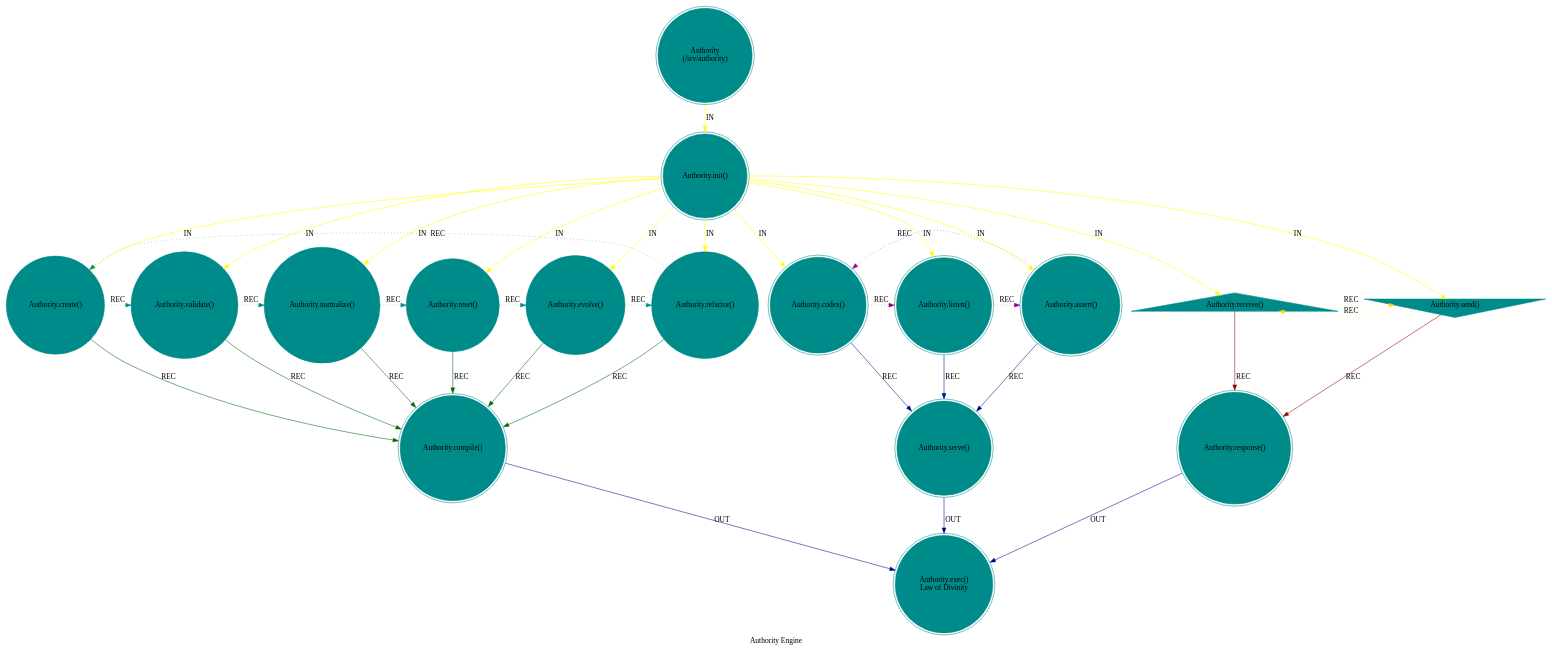
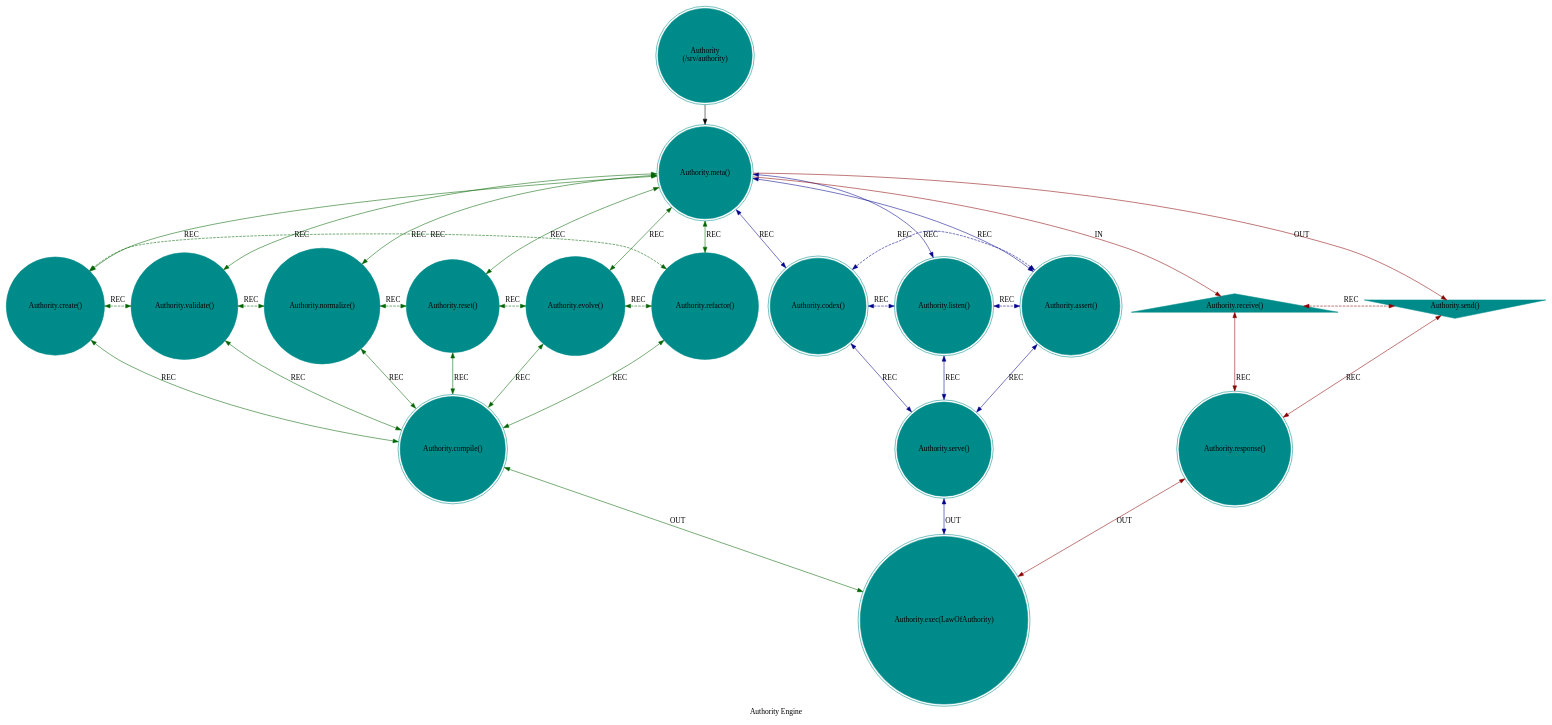
The diagram in src/core/mythos_srv_authority.dot (cilang/mythos), drawn with Graphviz before and after one commit. The commit also changed 20 other files, not shown here.

```diff
--- a/src/core/mythos_srv_authority.dot
+++ b/src/core/mythos_srv_authority.dot
@@ -1,42 +1,49 @@
 digraph AuthorityEngine {
     label = "Authority Engine";
     style = filled;
     color = red;
     comment = "";
     node [shape = circle; style = filled; color = darkcyan;];
     
     spark_e_mythos_t [label = "Authority\n(/srv/authority)";shape = doublecircle;];
     
     // r0::meta();r1,r2,r4,r8,r7,r5;r3,r6,r;ra::receive(),rb::send(),rc::dispatch(),rd::commit(),re::serve(),rf::exec()
-    spark_0_authority_t [label = "Authority.init()";shape = doublecircle;comment = "Engine Init";];
+    spark_0_authority_t [label = "Authority.meta()";shape = doublecircle;comment = "Engine Init";];
     spark_1_authority_t [label = "Authority.create()";shape = circle;comment = "";];
     spark_2_authority_t [label = "Authority.validate()";shape = circle;comment = "";];
     spark_4_authority_t [label = "Authority.normalize()";shape = circle;comment = "";];
     spark_8_authority_t [label = "Authority.reset()";shape = circle;comment = "";];
     spark_7_authority_t [label = "Authority.evolve()";shape = circle;comment = "";];
     spark_5_authority_t [label = "Authority.refactor()";shape = circle;comment = "";];
     spark_3_authority_t [label = "Authority.codex()";shape = doublecircle;comment = "";];
     spark_6_authority_t [label = "Authority.listen()";shape = doublecircle;comment = "";];
     spark_9_authority_t [label = "Authority.assert()";shape = doublecircle;comment = "";];
     spark_a_authority_t [label = "Authority.receive()";shape = triangle;comment = "";];
     spark_b_authority_t [label = "Authority.send()";shape = invtriangle;comment = "";];
     spark_c_authority_t [label = "Authority.response()";shape = doublecircle;comment = "";];
     spark_d_authority_t [label = "Authority.compile()";shape = doublecircle;comment = "";];
     spark_e_authority_t [label = "Authority.serve()";shape = doublecircle;comment = "`/srv/authority`";];
-    spark_f_authority_t [label = "Authority.exec()\nLaw of Divinity";shape = doublecircle;comment = "";];
+    spark_f_authority_t [label = "Authority.exec(LawOfAuthority)";shape = doublecircle;comment = "";];
     
     // IN = Input
     // OUT = Output
     // REC = Recursion
-    spark_e_mythos_t -> spark_0_authority_t -> {spark_a_authority_t spark_b_authority_t spark_1_authority_t spark_2_authority_t spark_3_authority_t spark_4_authority_t spark_5_authority_t spark_6_authority_t spark_7_authority_t spark_8_authority_t spark_9_authority_t} [label = "IN"; color = yellow; comment = "";];
+    spark_e_mythos_t -> spark_0_authority_t;
     
-    {spark_a_authority_t spark_b_authority_t} -> spark_c_authority_t [label = "REC"; color = darkred; comment = "";];
-    {spark_1_authority_t spark_2_authority_t spark_4_authority_t spark_8_authority_t spark_7_authority_t spark_5_authority_t} -> spark_d_authority_t [label = "REC"; color = darkgreen; comment = "";];
-    {spark_3_authority_t spark_6_authority_t spark_9_authority_t} -> spark_e_authority_t [label = "REC"; color = darkblue; comment = "";];
+    spark_0_authority_t -> spark_a_authority_t [label = "IN"; color = darkred; comment = "";];
+    spark_0_authority_t -> spark_b_authority_t [label = "OUT"; color = darkred; comment = "";];
+    spark_0_authority_t -> {spark_3_authority_t spark_6_authority_t spark_9_authority_t} [label = "REC"; color = darkblue; comment = ""; dir = both;];
+    spark_0_authority_t -> {spark_1_authority_t spark_2_authority_t spark_4_authority_t spark_8_authority_t spark_7_authority_t spark_5_authority_t} [label = "REC"; color = darkgreen; comment = ""; dir = both;];
     
-    spark_1_authority_t -> spark_2_authority_t -> spark_4_authority_t -> spark_8_authority_t -> spark_7_authority_t -> spark_5_authority_t -> spark_1_authority_t [label = "REC"; color = darkcyan; comment = ""; style = dotted; constraint = false;];
-    spark_3_authority_t -> spark_6_authority_t -> spark_9_authority_t -> spark_3_authority_t [label = "REC"; color = darkmagenta; comment = ""; style = dotted; constraint = false;];
-    spark_a_authority_t -> spark_b_authority_t -> spark_a_authority_t [label = "REC"; color = gold; comment = ""; style = dotted; constraint = false;];
+    {spark_a_authority_t spark_b_authority_t} -> spark_c_authority_t [label = "REC"; color = darkred; comment = ""; dir = both;];
+    {spark_1_authority_t spark_2_authority_t spark_4_authority_t spark_8_authority_t spark_7_authority_t spark_5_authority_t} -> spark_d_authority_t [label = "REC"; color = darkgreen; comment = ""; dir = both;];
+    {spark_3_authority_t spark_6_authority_t spark_9_authority_t} -> spark_e_authority_t [label = "REC"; color = darkblue; comment = ""; dir = both;];
     
-    {spark_c_authority_t spark_d_authority_t spark_e_authority_t} -> spark_f_authority_t [label = "OUT"; color = darkblue; comment = "";];
+    spark_1_authority_t -> spark_2_authority_t -> spark_4_authority_t -> spark_8_authority_t -> spark_7_authority_t -> spark_5_authority_t -> spark_1_authority_t [label = "REC"; color = darkgreen; comment = ""; style = dashed; constraint = false; dir = both;];
+    spark_3_authority_t -> spark_6_authority_t -> spark_9_authority_t -> spark_3_authority_t [label = "REC"; color = darkblue; comment = ""; style = dashed; constraint = false; dir = both;];
+    spark_a_authority_t -> spark_b_authority_t [label = "REC"; color = darkred; comment = ""; constraint = false; style = dashed; dir = both;];
+    
+    spark_c_authority_t -> spark_f_authority_t [label = "OUT"; color = darkred; comment = ""; dir = both;];
+    spark_d_authority_t -> spark_f_authority_t [label = "OUT"; color = darkgreen; comment = ""; dir = both;];
+    spark_e_authority_t -> spark_f_authority_t [label = "OUT"; color = darkblue; comment = ""; dir = both;];
 }
```
